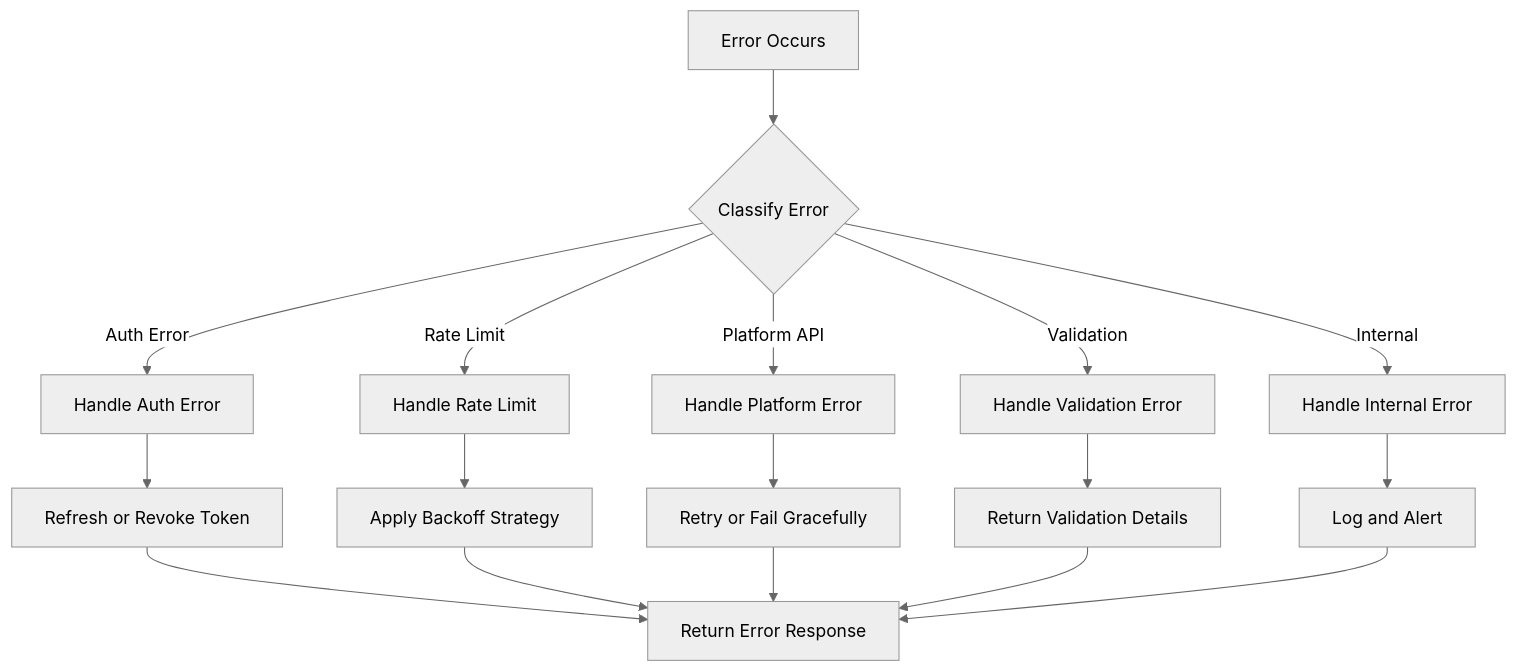
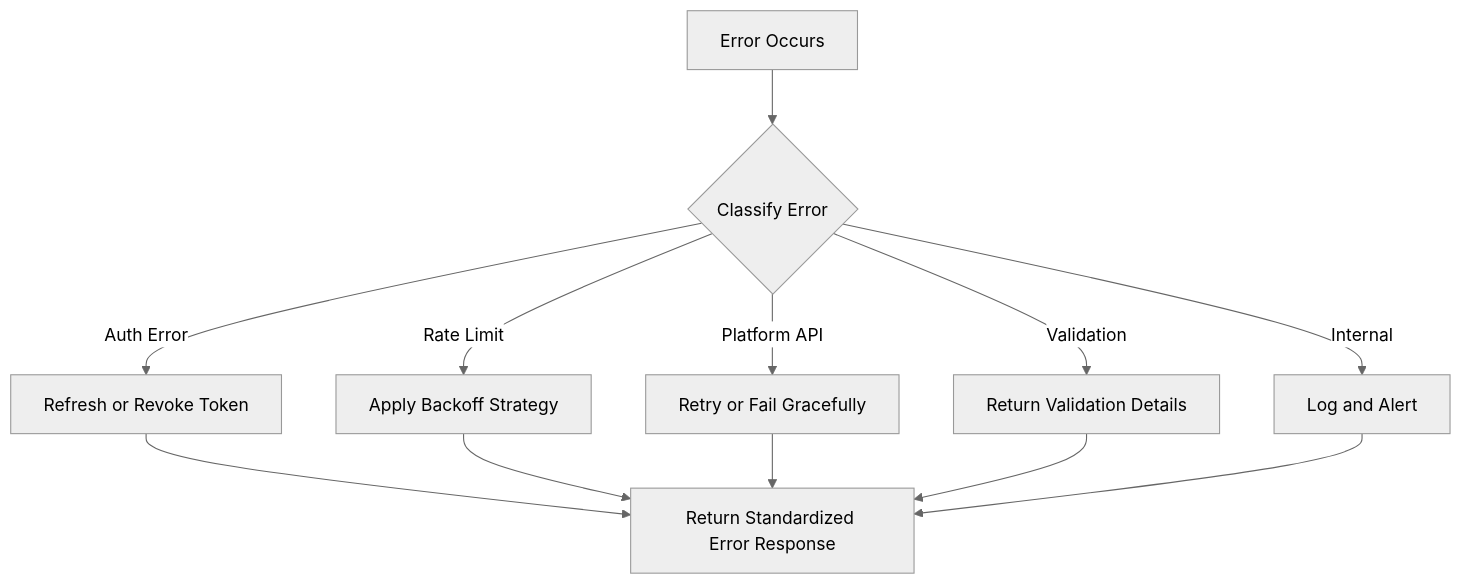
One commit to open-crosspost/open-crosspost-proxy-service changed the fifth of 5 diagrams in memory-bank/systemPatterns.md. Above: the diagram before and after it, drawn with Mermaid (neutral theme). The commit also changed other lines of this file and 156 other files, not shown here.

First line of the commit message:
Adds tests, fixes flows, adds deploys, moves near-sign-verify (#1)

````diff
--- a/memory-bank/systemPatterns.md
+++ b/memory-bank/systemPatterns.md
@@ -780,21 +175,15 @@
 ```mermaid
 flowchart TD
     Error[Error Occurs] --> Classify{Classify Error}
-    Classify -->|Auth Error| HandleAuth[Handle Auth Error]
-    Classify -->|Rate Limit| HandleRate[Handle Rate Limit]
-    Classify -->|Platform API| HandlePlatform[Handle Platform Error]
-    Classify -->|Validation| HandleValidation[Handle Validation Error]
-    Classify -->|Internal| HandleInternal[Handle Internal Error]
+    Classify -->|Auth Error| HandleAuth[Refresh or Revoke Token]
+    Classify -->|Rate Limit| HandleRate[Apply Backoff Strategy]
+    Classify -->|Platform API| HandlePlatform[Retry or Fail Gracefully]
+    Classify -->|Validation| HandleValidation[Return Validation Details]
+    Classify -->|Internal| HandleInternal[Log and Alert]
     
-    HandleAuth --> RefreshOrRevoke[Refresh or Revoke Token]
-    HandleRate --> Backoff[Apply Backoff Strategy]
-    HandlePlatform --> RetryOrFail[Retry or Fail Gracefully]
-    HandleValidation --> ReturnDetails[Return Validation Details]
-    HandleInternal --> LogAndAlert[Log and Alert]
-    
-    RefreshOrRevoke --> ReturnError[Return Error Response]
-    Backoff --> ReturnError
-    RetryOrFail --> ReturnError
-    ReturnDetails --> ReturnError
-    LogAndAlert --> ReturnError
+    HandleAuth --> StandardResponse[Return Standardized Error Response]
+    HandleRate --> StandardResponse
+    HandlePlatform --> StandardResponse
+    HandleValidation --> StandardResponse
+    HandleInternal --> StandardResponse
 ```
````
